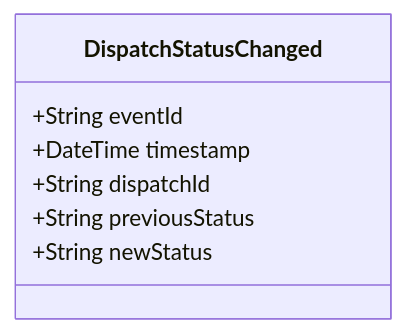
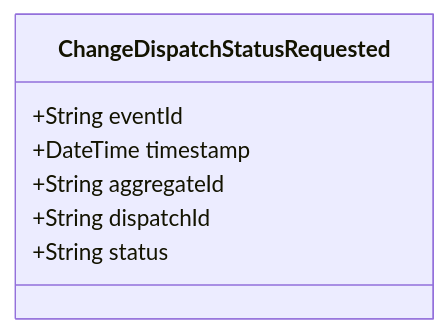
One commit to pgraff/police-system changed the diagram in doc/events/DispatchStatusChanged.md. Above: the diagram before and after it, drawn with Mermaid. The commit also changed other lines of this file and 58 other files, not shown here.

````diff
--- a/doc/events/DispatchStatusChanged.md
+++ b/doc/events/DispatchStatusChanged.md
@@ -9,10 +9,10 @@
 ```mermaid
 classDiagram
-    class DispatchStatusChanged {
+    class ChangeDispatchStatusRequested {
         +String eventId
         +DateTime timestamp
+        +String aggregateId
         +String dispatchId
-        +String previousStatus
-        +String newStatus
+        +String status
     }
 ```
````
